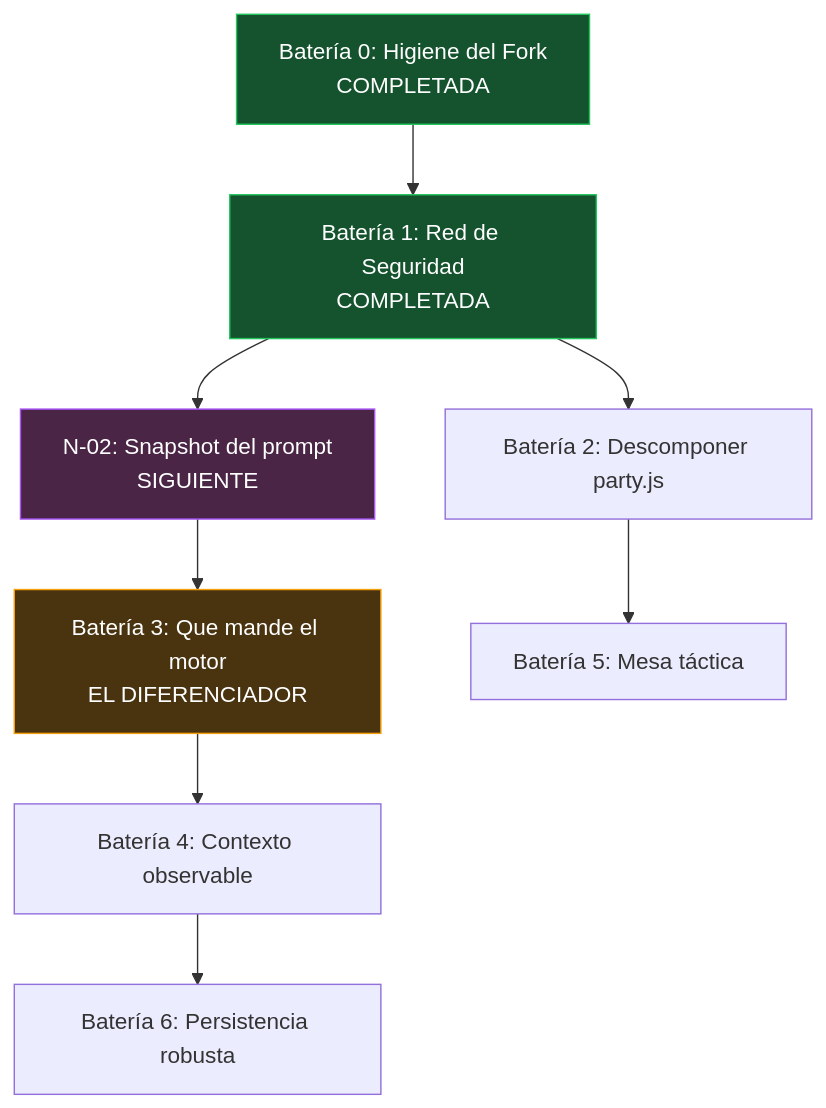
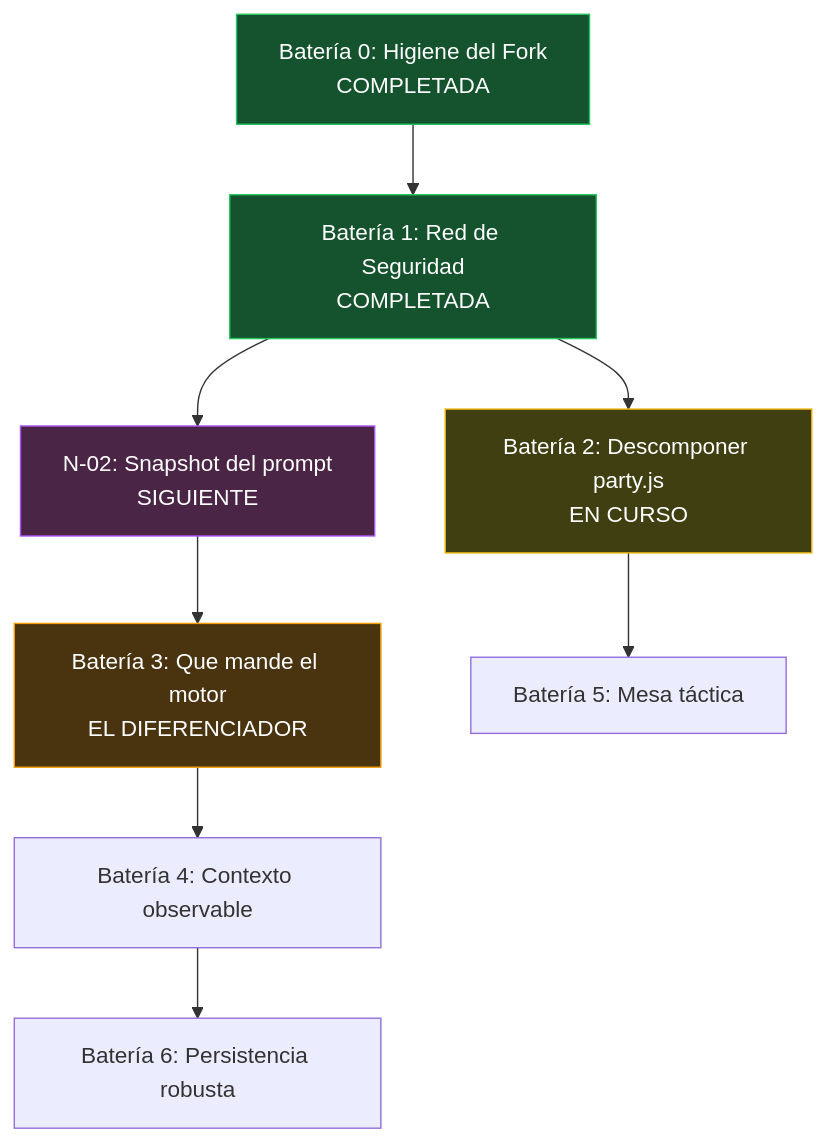
The diagram in wiki/ROADMAP.md (danieljhesseling/SillyTavern), drawn with Mermaid before and after one commit. The commit also changed other lines of this file and 12 other files, not shown here.

````diff
--- a/wiki/ROADMAP.md
+++ b/wiki/ROADMAP.md
@@ -218,15 +262,16 @@
 ```mermaid
 graph TD
     B0[Batería 0: Higiene del Fork<br/>COMPLETADA] --> B1[Batería 1: Red de Seguridad<br/>COMPLETADA]
     B1 --> N02[N-02: Snapshot del prompt<br/>SIGUIENTE]
     N02 --> B3[Batería 3: Que mande el motor<br/>EL DIFERENCIADOR]
-    B1 --> B2[Batería 2: Descomponer party.js]
+    B1 --> B2[Batería 2: Descomponer party.js<br/>EN CURSO]
     B3 --> B4[Batería 4: Contexto observable]
     B2 --> B5[Batería 5: Mesa táctica]
     B4 --> B6[Batería 6: Persistencia robusta]
 
     style B0 fill:#14532d,stroke:#22c55e,color:#fff
     style B1 fill:#14532d,stroke:#22c55e,color:#fff
+    style B2 fill:#3f3f12,stroke:#eab308,color:#fff
     style N02 fill:#4a2545,stroke:#a855f7,color:#fff
     style B3 fill:#4a3410,stroke:#f59e0b,color:#fff
 ```
````
